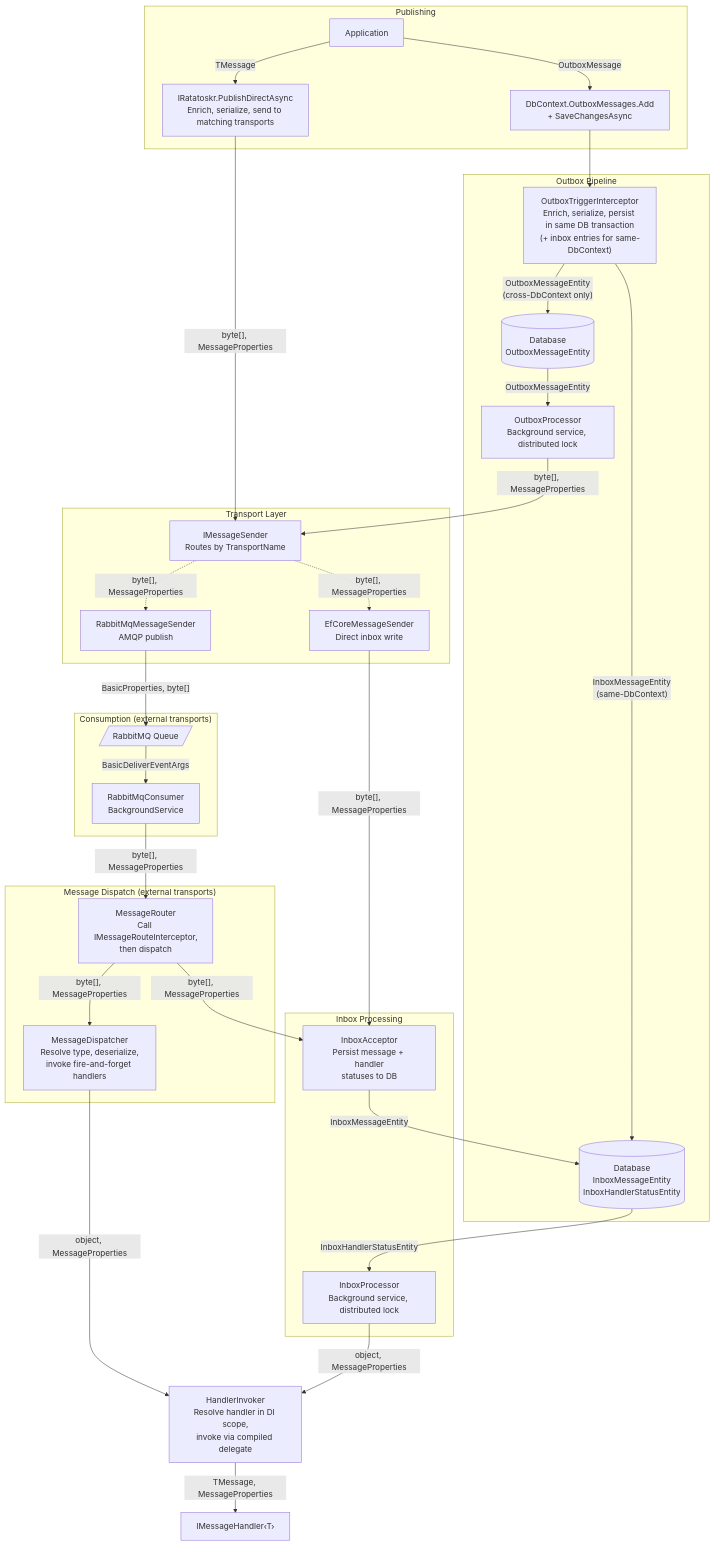
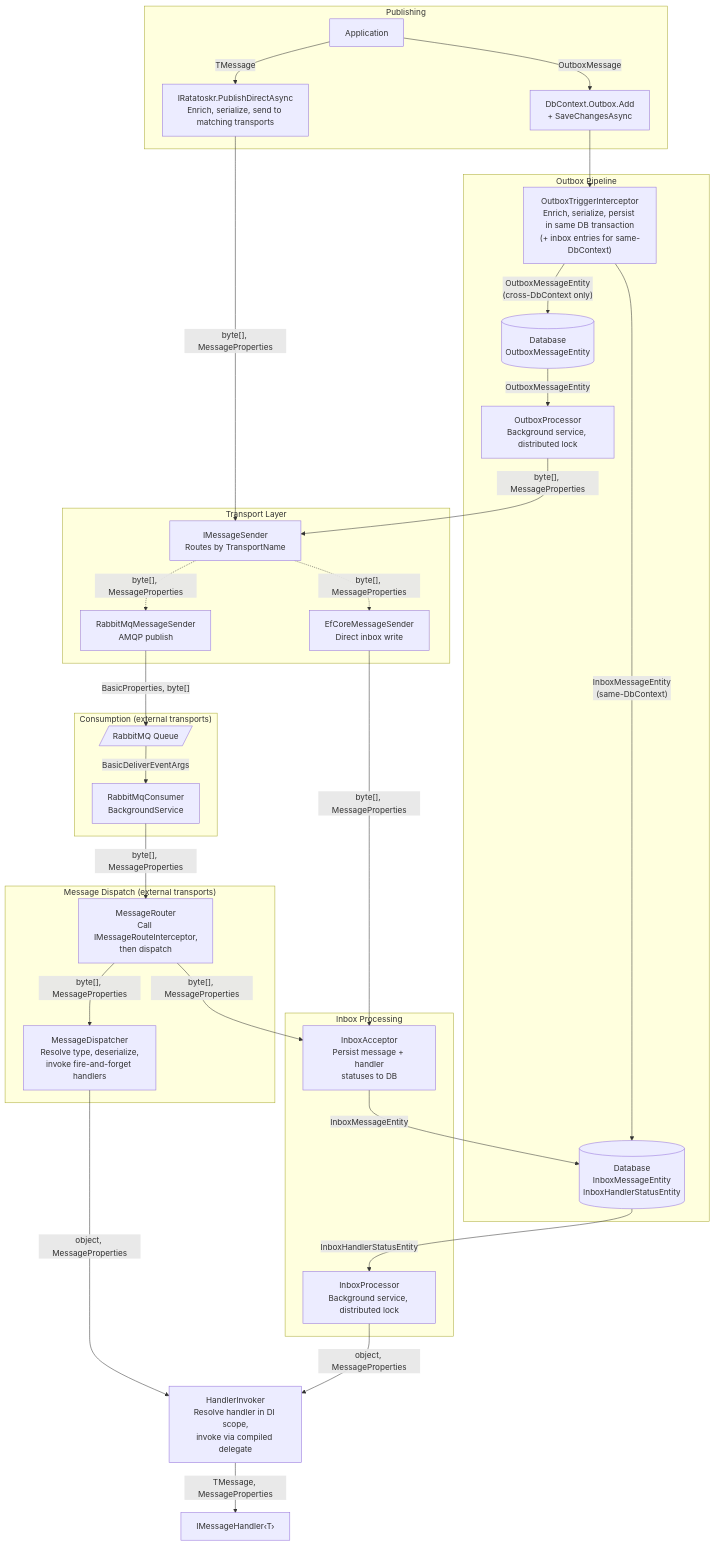
One commit to saithis/Ratatoskr changed the second of 7 diagrams in docs/architecture.md. Above: the diagram before and after it, drawn with Mermaid. The commit also changed other lines of this file and 40 other files, not shown here.

````diff
--- a/docs/architecture.md
+++ b/docs/architecture.md
@@ -56,66 +56,66 @@
 ```mermaid
 flowchart TD
     subgraph Publish ["Publishing"]
         App["Application"]
         Direct["IRatatoskr.PublishDirectAsync<br/>Enrich, serialize, send to matching transports"]
-        Outbox["DbContext.OutboxMessages.Add<br/>+ SaveChangesAsync"]
+        Outbox["DbContext.Outbox.Add<br/>+ SaveChangesAsync"]
 
         App -->|"TMessage"| Direct
         App -->|"OutboxMessage"| Outbox
     end
 
     subgraph OutboxPipeline ["Outbox Pipeline"]
         Interceptor["OutboxTriggerInterceptor<br/>Enrich, serialize, persist in same DB transaction<br/>(+ inbox entries for same-DbContext)"]
         OutboxDB[("Database<br/>OutboxMessageEntity")]
         OutboxProc["OutboxProcessor<br/>Background service, distributed lock"]
 
         Outbox --> Interceptor
         Interceptor -->|"OutboxMessageEntity<br/>(cross-DbContext only)"| OutboxDB
         Interceptor -->|"InboxMessageEntity<br/>(same-DbContext)"| InboxDB
         OutboxDB -->|"OutboxMessageEntity"| OutboxProc
     end
 
     subgraph Transport ["Transport Layer"]
         SenderInterface["IMessageSender<br/>Routes by TransportName"]
         EfCoreSend["EfCoreMessageSender<br/>Direct inbox write"]
         RmqSend["RabbitMqMessageSender<br/>AMQP publish"]
 
         Direct -->|"byte[], MessageProperties"| SenderInterface
         OutboxProc -->|"byte[], MessageProperties"| SenderInterface
         SenderInterface -.->|"byte[], MessageProperties"| EfCoreSend
         SenderInterface -.->|"byte[], MessageProperties"| RmqSend
     end
 
     subgraph Consume ["Consumption (external transports)"]
         RmqQueue[/"RabbitMQ Queue"/]
         RmqConsumer["RabbitMqConsumer<br/>BackgroundService"]
 
         RmqSend -->|"BasicProperties, byte[]"| RmqQueue
         RmqQueue -->|"BasicDeliverEventArgs"| RmqConsumer
     end
 
     subgraph Dispatch ["Message Dispatch (external transports)"]
         Router["MessageRouter<br/>Call IMessageRouteInterceptor,<br/>then dispatch"]
         Dispatcher["MessageDispatcher<br/>Resolve type, deserialize,<br/>invoke fire-and-forget handlers"]
 
         RmqConsumer -->|"byte[], MessageProperties"| Router
         Router -->|"byte[], MessageProperties"| Dispatcher
     end
 
     subgraph Inbox ["Inbox Processing"]
         InboxAccept["InboxAcceptor<br/>Persist message + handler<br/>statuses to DB"]
         InboxDB[("Database<br/>InboxMessageEntity<br/>InboxHandlerStatusEntity")]
         InboxProc["InboxProcessor<br/>Background service, distributed lock"]
 
         EfCoreSend -->|"byte[], MessageProperties"| InboxAccept
         Router -->|"byte[], MessageProperties"| InboxAccept
         InboxAccept -->|"InboxMessageEntity"| InboxDB
         InboxDB -->|"InboxHandlerStatusEntity"| InboxProc
     end
 
     Invoker["HandlerInvoker<br/>Resolve handler in DI scope,<br/>invoke via compiled delegate"]
     Handler["IMessageHandler‹T›"]
     Dispatcher -->|"object, MessageProperties"| Invoker
     InboxProc -->|"object, MessageProperties"| Invoker
     Invoker -->|"TMessage, MessageProperties"| Handler
 ```
````
